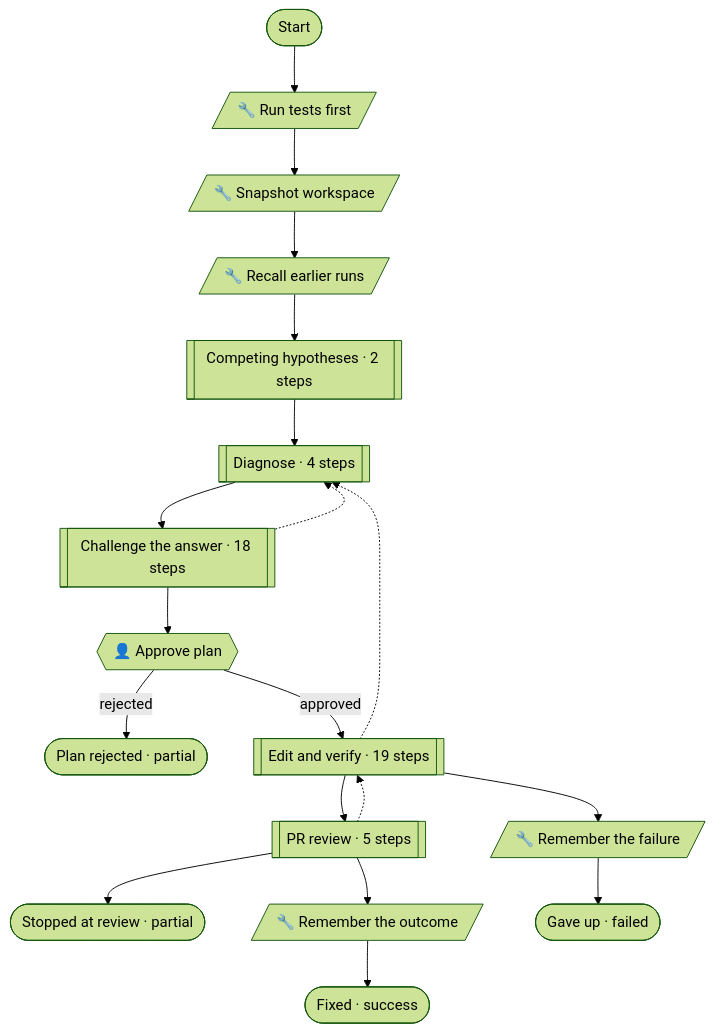
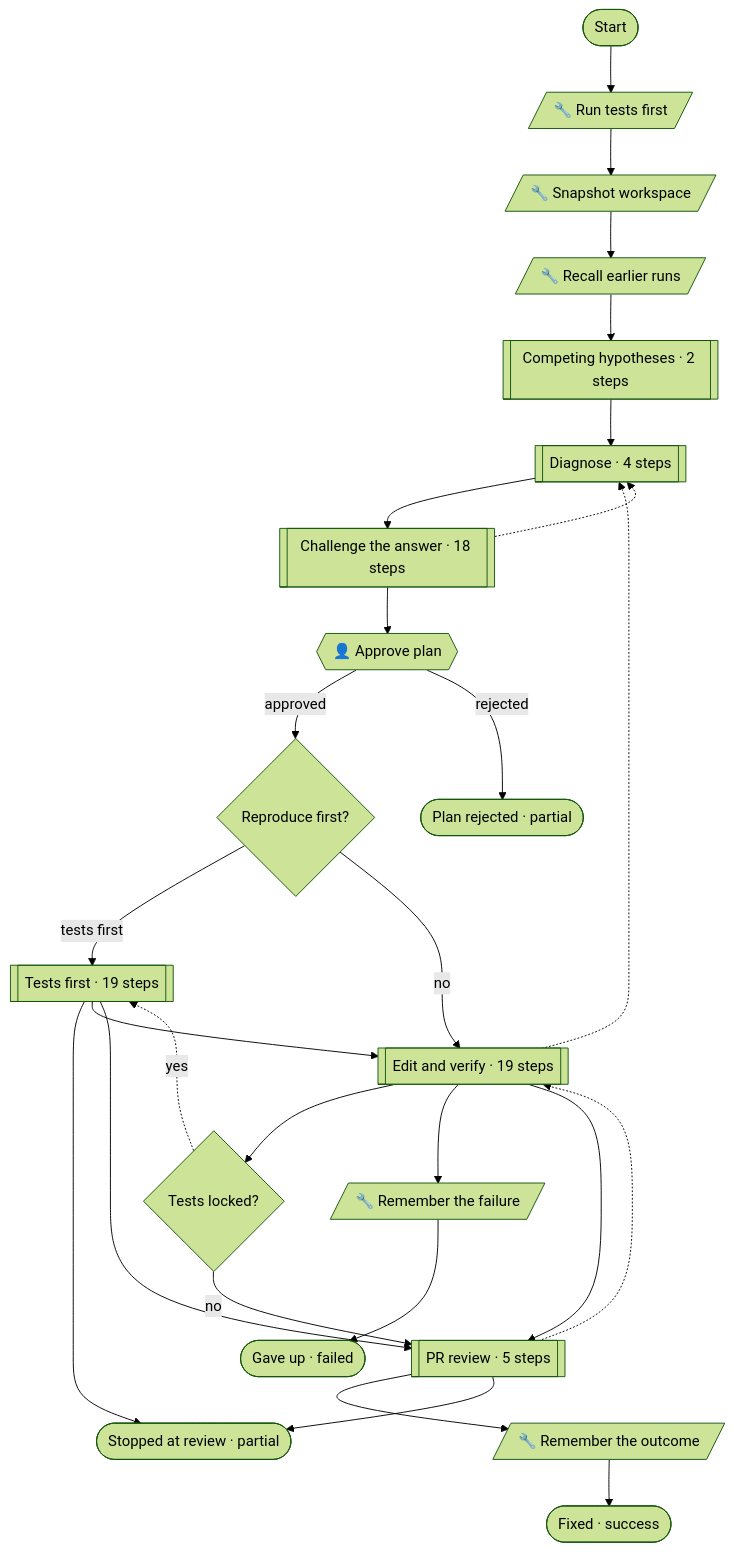
The second of 7 diagrams in docs/patterns.md (pirty6/symphony-core), drawn with Mermaid (forest theme) before and after one commit. The commit also changed other lines of this file and 5 other files, not shown here.

First line of the commit message:
fix: reproduce the bug first (opt-in), research in parallel (a trial)

````diff
--- a/docs/patterns.md
+++ b/docs/patterns.md
@@ -175,37 +175,48 @@
 ```mermaid
 flowchart TD
   n_start(["Start"])
   n_baseline[/"🔧 Run tests first"/]
   n_snapshot[/"🔧 Snapshot workspace"/]
   n_recall[/"🔧 Recall earlier runs"/]
   n_approve{{"👤 Approve plan"}}
+  n_reproduceFirstOn{"Reproduce first?"}
+  n_reproduced{"Tests locked?"}
   n_reviewStopped(["Stopped at review · partial"])
   n_learnFixed[/"🔧 Remember the outcome"/]
   n_learnFailed[/"🔧 Remember the failure"/]
   n_fixed(["Fixed · success"])
   n_gaveUp(["Gave up · failed"])
   n_rejected(["Plan rejected · partial"])
   n_hypothesesPhase[["Competing hypotheses · 2 steps"]]
   n_diagnosePhase[["Diagnose · 4 steps"]]
   n_challengePhase[["Challenge the answer · 18 steps"]]
+  n_testFirstPhase[["Tests first · 19 steps"]]
   n_editPhase[["Edit and verify · 19 steps"]]
   n_prReviewPhase[["PR review · 5 steps"]]
   n_start --> n_baseline
   n_baseline --> n_snapshot
   n_snapshot --> n_recall
   n_recall --> n_hypothesesPhase
   n_learnFixed --> n_fixed
   n_learnFailed --> n_gaveUp
   n_hypothesesPhase --> n_diagnosePhase
   n_diagnosePhase --> n_challengePhase
   n_challengePhase --> n_approve
   n_challengePhase -.-> n_diagnosePhase
-  n_approve -->|"approved"| n_editPhase
+  n_approve -->|"approved"| n_reproduceFirstOn
+  n_reproduceFirstOn -->|"tests first"| n_testFirstPhase
+  n_reproduceFirstOn -->|"no"| n_editPhase
+  n_reproduced -.->|"yes"| n_testFirstPhase
+  n_reproduced -->|"no"| n_prReviewPhase
+  n_testFirstPhase --> n_reviewStopped
+  n_testFirstPhase --> n_editPhase
+  n_testFirstPhase --> n_prReviewPhase
   n_approve -->|"rejected"| n_rejected
+  n_editPhase --> n_reproduced
+  n_editPhase --> n_learnFailed
   n_editPhase --> n_prReviewPhase
-  n_editPhase --> n_learnFailed
   n_editPhase -.-> n_diagnosePhase
   n_prReviewPhase --> n_learnFixed
   n_prReviewPhase -.-> n_editPhase
   n_prReviewPhase --> n_reviewStopped
 ```
````
